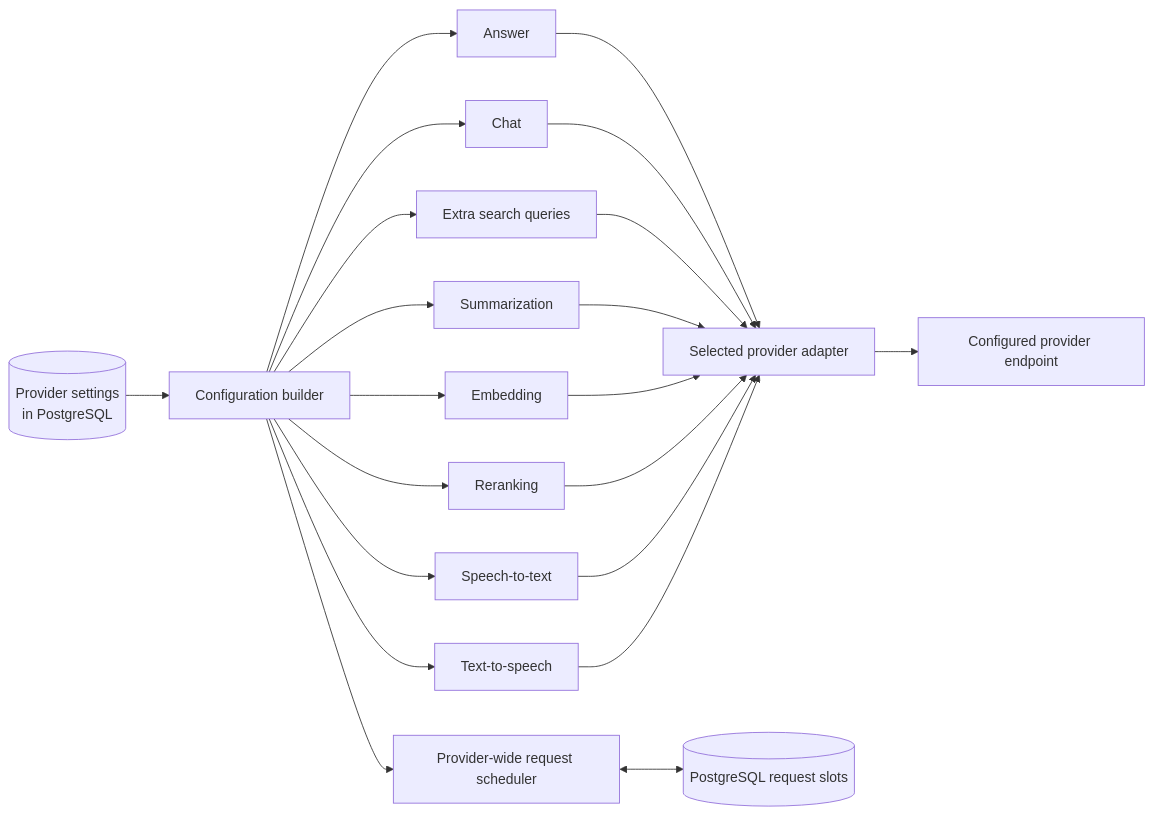
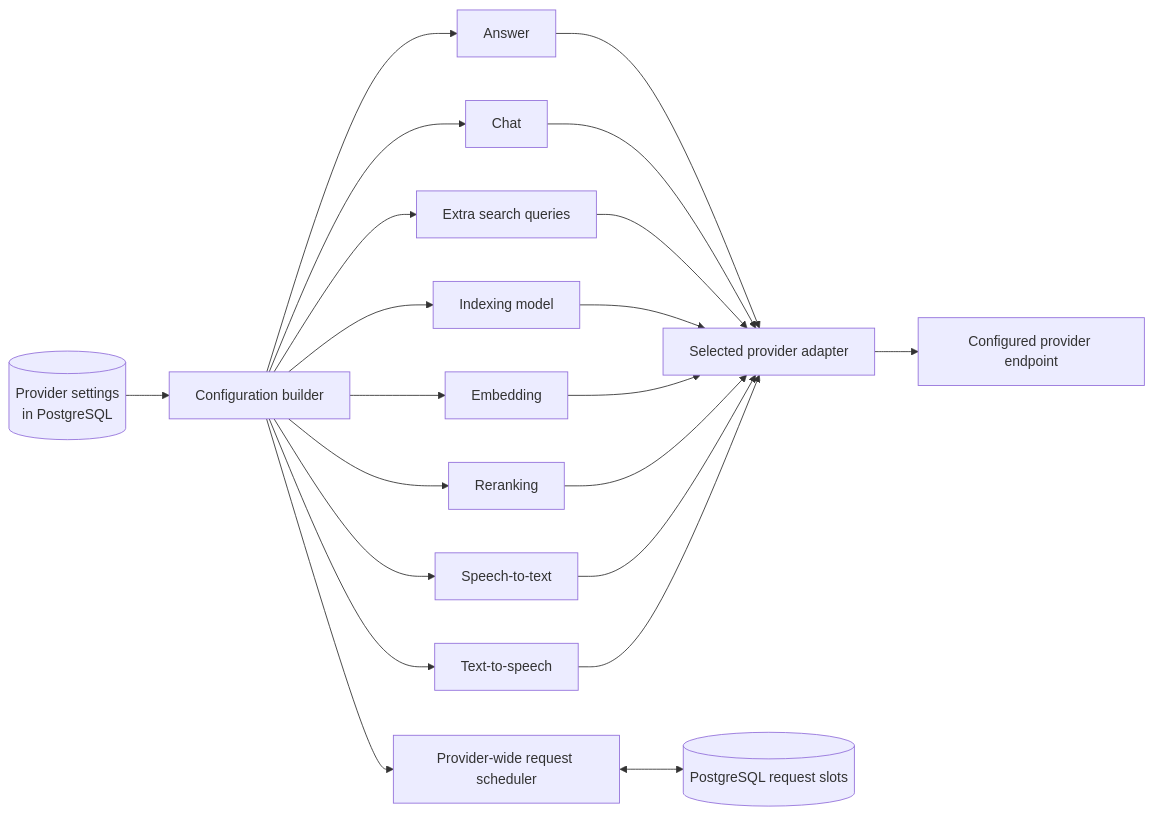
The second of 4 diagrams in docs/architecture.md (sageil/citeloom), drawn with Mermaid before and after one commit. The commit also changed 83 other files, not shown here.

````diff
--- a/docs/architecture.md
+++ b/docs/architecture.md
@@ -91,25 +91,25 @@
 ```mermaid
 flowchart LR
     Settings[(Provider settings<br/>in PostgreSQL)] --> Builder[Configuration builder]
     Builder --> Answer[Answer]
     Builder --> Chat[Chat]
     Builder --> Expansion[Extra search queries]
-    Builder --> Summary[Summarization]
+    Builder --> Summary[Indexing model]
     Builder --> Embedding[Embedding]
     Builder --> Reranking[Reranking]
     Builder --> STT[Speech-to-text]
     Builder --> TTS[Text-to-speech]
 
     Answer --> Adapter[Selected provider adapter]
     Chat --> Adapter
     Expansion --> Adapter
     Summary --> Adapter
     Embedding --> Adapter
     Reranking --> Adapter
     STT --> Adapter
     TTS --> Adapter
 
     Adapter --> Endpoint[Configured provider endpoint]
     Builder --> Limits[Provider-wide request scheduler]
     Limits <--> Slots[(PostgreSQL request slots)]
 ```
````
